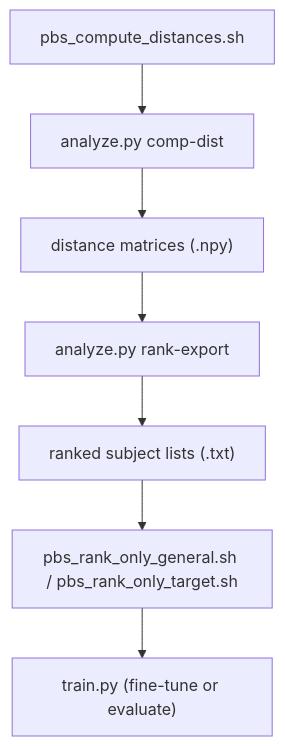
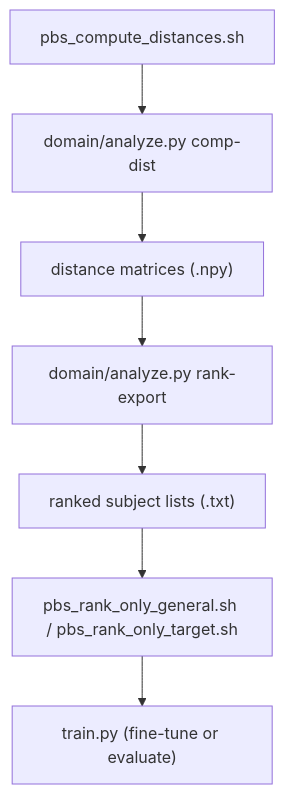
Before and after one commit to YutaroNakagama/vehicle_based_DDD_comparison: the diagram in docs/source/guide/domain_generalization_pipline.md, drawn with Mermaid. The commit also changed other lines of this file and 3 other files, not shown here.

First line of the commit message:
refactor: move analyze.py to scripts/python/domain/ directory

`````diff
--- a/docs/source/guide/domain_generalization_pipline.md
+++ b/docs/source/guide/domain_generalization_pipline.md
@@ -27,9 +27,9 @@
 ```mermaid
 graph TD
-  A["pbs_compute_distances.sh"] --> B["analyze.py comp-dist"]
+  A["pbs_compute_distances.sh"] --> B["domain/analyze.py comp-dist"]
   B --> C["distance matrices (.npy)"]
-  C --> D["analyze.py rank-export"]
+  C --> D["domain/analyze.py rank-export"]
   D --> E["ranked subject lists (.txt)"]
   E --> F["pbs_rank_only_general.sh / pbs_rank_only_target.sh"]
   F --> G["train.py (fine-tune or evaluate)"]
 ````
`````
